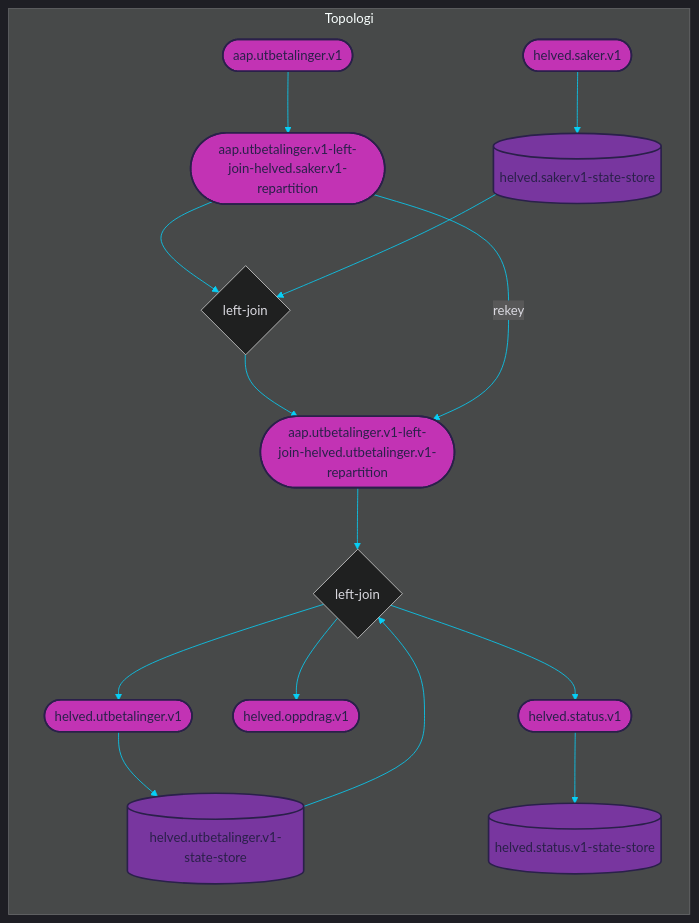
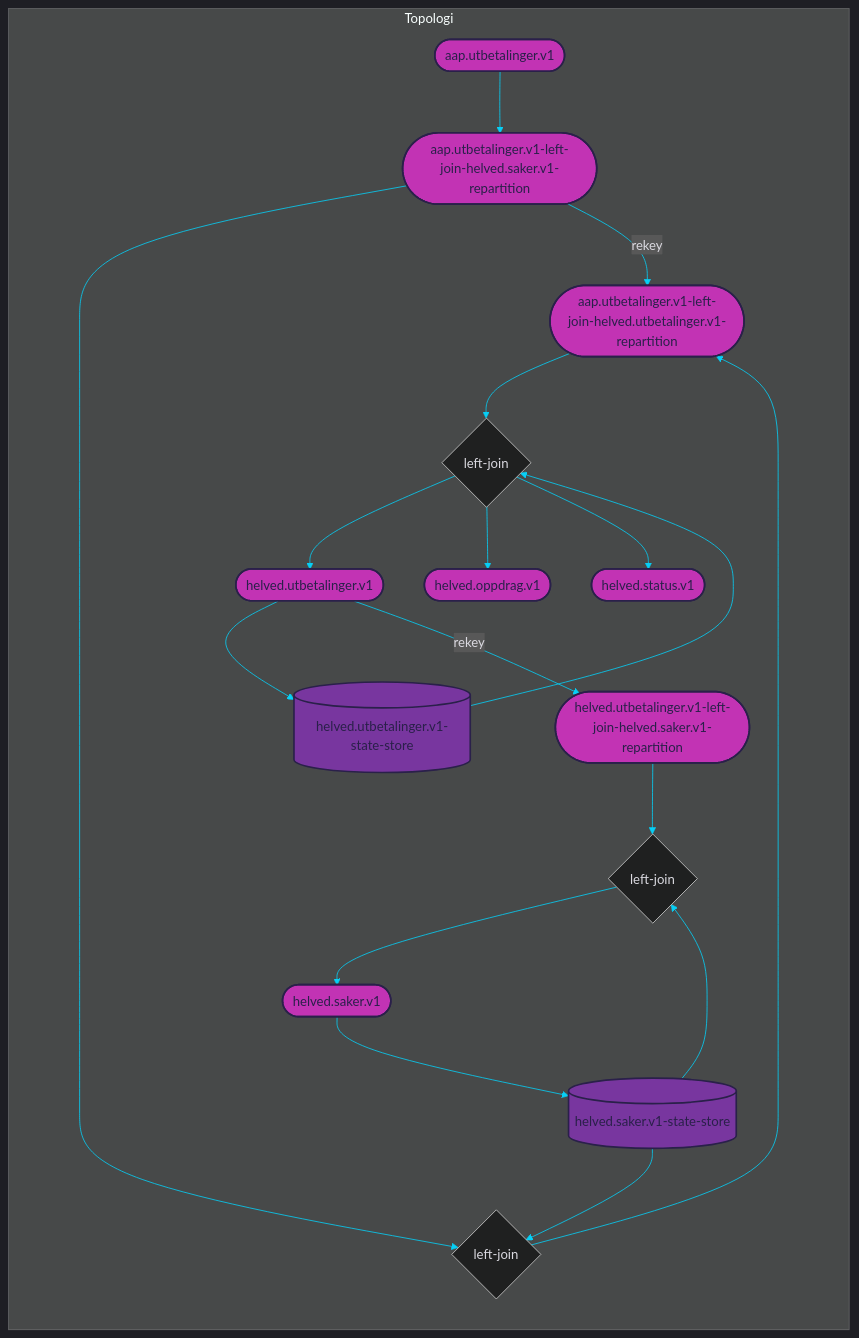
Before and after one commit to navikt/helved-utbetaling: the diagram in dokumentasjon/topology.mmd, drawn with Mermaid. The commit also changed 6 other files, not shown here.

Commit message:
Produser sakID-er til saker-topic

```diff
--- a/dokumentasjon/topology.mmd
+++ b/dokumentasjon/topology.mmd
@@ -1,83 +1,87 @@
 
 %%{init: {'theme': 'dark', 'themeVariables': { 'primaryColor': '#07cff6', 'textColor': '#dad9e0', 'lineColor': '#07cff6'}}}%%
 
 graph LR
 
 subgraph Topologi
     %% TOPICS
     aap.utbetalinger.v1-left-join-helved.utbetalinger.v1-repartition([aap.utbetalinger.v1-left-join-helved.utbetalinger.v1-repartition])
 	helved.utbetalinger.v1([helved.utbetalinger.v1])
+	helved.utbetalinger.v1-left-join-helved.saker.v1-repartition([helved.utbetalinger.v1-left-join-helved.saker.v1-repartition])
 	helved.oppdrag.v1([helved.oppdrag.v1])
 	helved.status.v1([helved.status.v1])
 	aap.utbetalinger.v1-left-join-helved.saker.v1-repartition([aap.utbetalinger.v1-left-join-helved.saker.v1-repartition])
 	helved.saker.v1([helved.saker.v1])
 	aap.utbetalinger.v1([aap.utbetalinger.v1])
 
     %% JOINS
     aap.utbetalinger.v1-left-join-helved.utbetalinger.v1{left-join}
 	aap.utbetalinger.v1-left-join-helved.saker.v1{left-join}
+	helved.utbetalinger.v1-left-join-helved.saker.v1{left-join}
 
     %% STATE PROCESSORS
     
     
     %% STATE STORES
     helved.utbetalinger.v1-state-store[(helved.utbetalinger.v1-state-store)]
-	helved.status.v1-state-store[(helved.status.v1-state-store)]
 	helved.saker.v1-state-store[(helved.saker.v1-state-store)]
     
     %% DATABASES
     
     
 
     %% PROCESSOR API JOBS
     
     
     %% JOIN STREAMS
     aap.utbetalinger.v1-left-join-helved.utbetalinger.v1-repartition --> aap.utbetalinger.v1-left-join-helved.utbetalinger.v1
 	helved.utbetalinger.v1-state-store --> aap.utbetalinger.v1-left-join-helved.utbetalinger.v1
 	aap.utbetalinger.v1-left-join-helved.utbetalinger.v1 --> helved.utbetalinger.v1
 	aap.utbetalinger.v1-left-join-helved.utbetalinger.v1 --> helved.oppdrag.v1
 	aap.utbetalinger.v1-left-join-helved.utbetalinger.v1 --> helved.status.v1
 	aap.utbetalinger.v1-left-join-helved.saker.v1-repartition --> aap.utbetalinger.v1-left-join-helved.saker.v1
 	helved.saker.v1-state-store --> aap.utbetalinger.v1-left-join-helved.saker.v1
 	aap.utbetalinger.v1-left-join-helved.saker.v1 --> aap.utbetalinger.v1-left-join-helved.utbetalinger.v1-repartition
+	helved.utbetalinger.v1-left-join-helved.saker.v1-repartition --> helved.utbetalinger.v1-left-join-helved.saker.v1
+	helved.saker.v1-state-store --> helved.utbetalinger.v1-left-join-helved.saker.v1
+	helved.utbetalinger.v1-left-join-helved.saker.v1 --> helved.saker.v1
 
     %% TABLE STREAMS
     helved.utbetalinger.v1 --> helved.utbetalinger.v1-state-store
-	helved.status.v1 --> helved.status.v1-state-store
 	helved.saker.v1 --> helved.saker.v1-state-store
 
     %% JOB STREAMS
     
     
     %% BRANCH STREAMS
     
 
     %% REPARTITION STREAMS
-    aap.utbetalinger.v1-left-join-helved.saker.v1-repartition --> |rekey| aap.utbetalinger.v1-left-join-helved.utbetalinger.v1-repartition
+    helved.utbetalinger.v1 --> |rekey| helved.utbetalinger.v1-left-join-helved.saker.v1-repartition
+	aap.utbetalinger.v1-left-join-helved.saker.v1-repartition --> |rekey| aap.utbetalinger.v1-left-join-helved.utbetalinger.v1-repartition
     
     %% BASIC STREAMS
     aap.utbetalinger.v1 --> aap.utbetalinger.v1-left-join-helved.saker.v1-repartition
     
     %% CUSTOM PROCESS STREAMS
     
 end
 
 %% COLORS
 %% light    #dad9e0
 %% purple   #78369f
 %% pink     #c233b4
 %% dark     #2a204a
 %% blue     #07cff6
 
 %% STYLES
 style aap.utbetalinger.v1-left-join-helved.utbetalinger.v1-repartition fill:#c233b4, stroke:#2a204a, stroke-width:2px, color:#2a204a
 style helved.utbetalinger.v1 fill:#c233b4, stroke:#2a204a, stroke-width:2px, color:#2a204a
+style helved.utbetalinger.v1-left-join-helved.saker.v1-repartition fill:#c233b4, stroke:#2a204a, stroke-width:2px, color:#2a204a
 style helved.oppdrag.v1 fill:#c233b4, stroke:#2a204a, stroke-width:2px, color:#2a204a
 style helved.status.v1 fill:#c233b4, stroke:#2a204a, stroke-width:2px, color:#2a204a
 style aap.utbetalinger.v1-left-join-helved.saker.v1-repartition fill:#c233b4, stroke:#2a204a, stroke-width:2px, color:#2a204a
 style helved.saker.v1 fill:#c233b4, stroke:#2a204a, stroke-width:2px, color:#2a204a
 style aap.utbetalinger.v1 fill:#c233b4, stroke:#2a204a, stroke-width:2px, color:#2a204a
 style helved.utbetalinger.v1-state-store fill:#78369f, stroke:#2a204a, stroke-width:2px, color:#2a204a
-style helved.status.v1-state-store fill:#78369f, stroke:#2a204a, stroke-width:2px, color:#2a204a
 style helved.saker.v1-state-store fill:#78369f, stroke:#2a204a, stroke-width:2px, color:#2a204a
```
